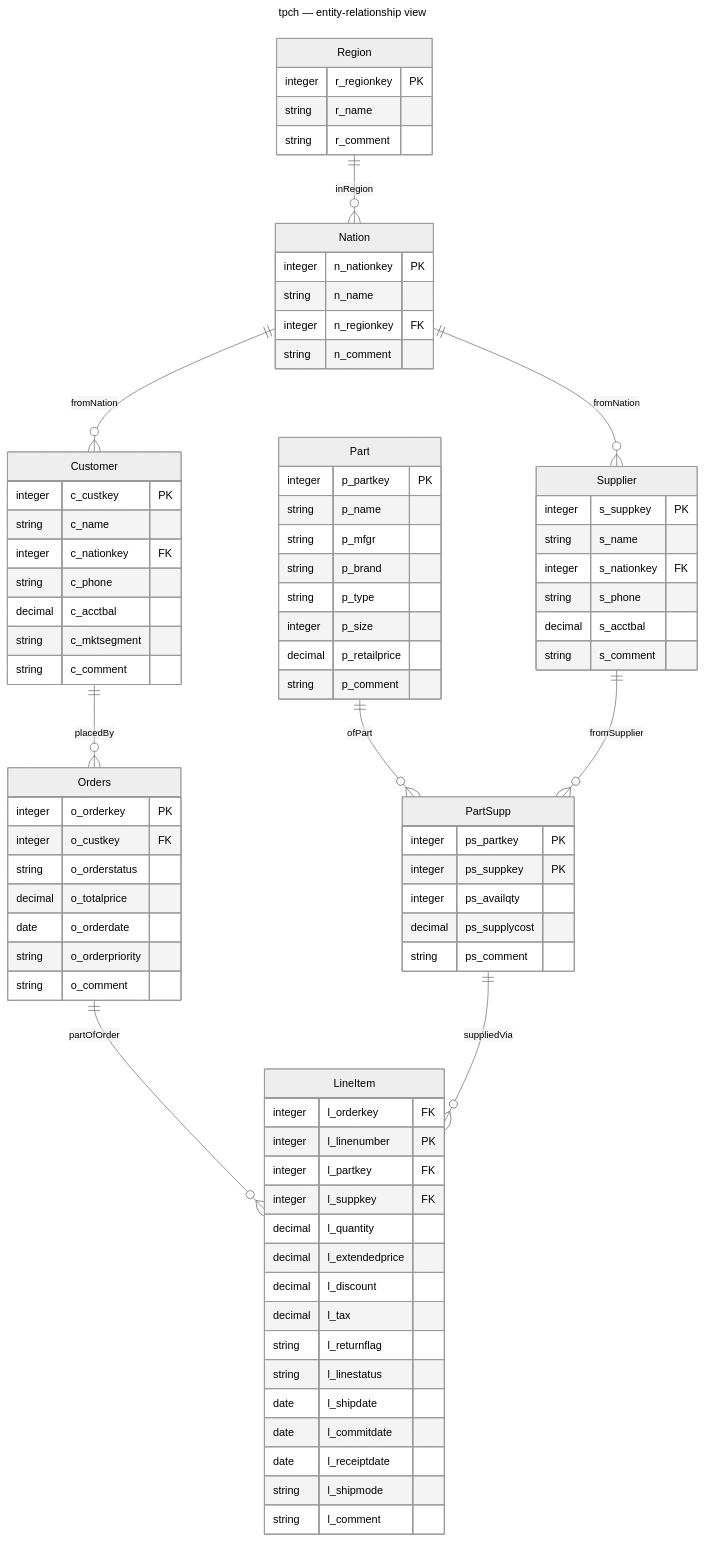
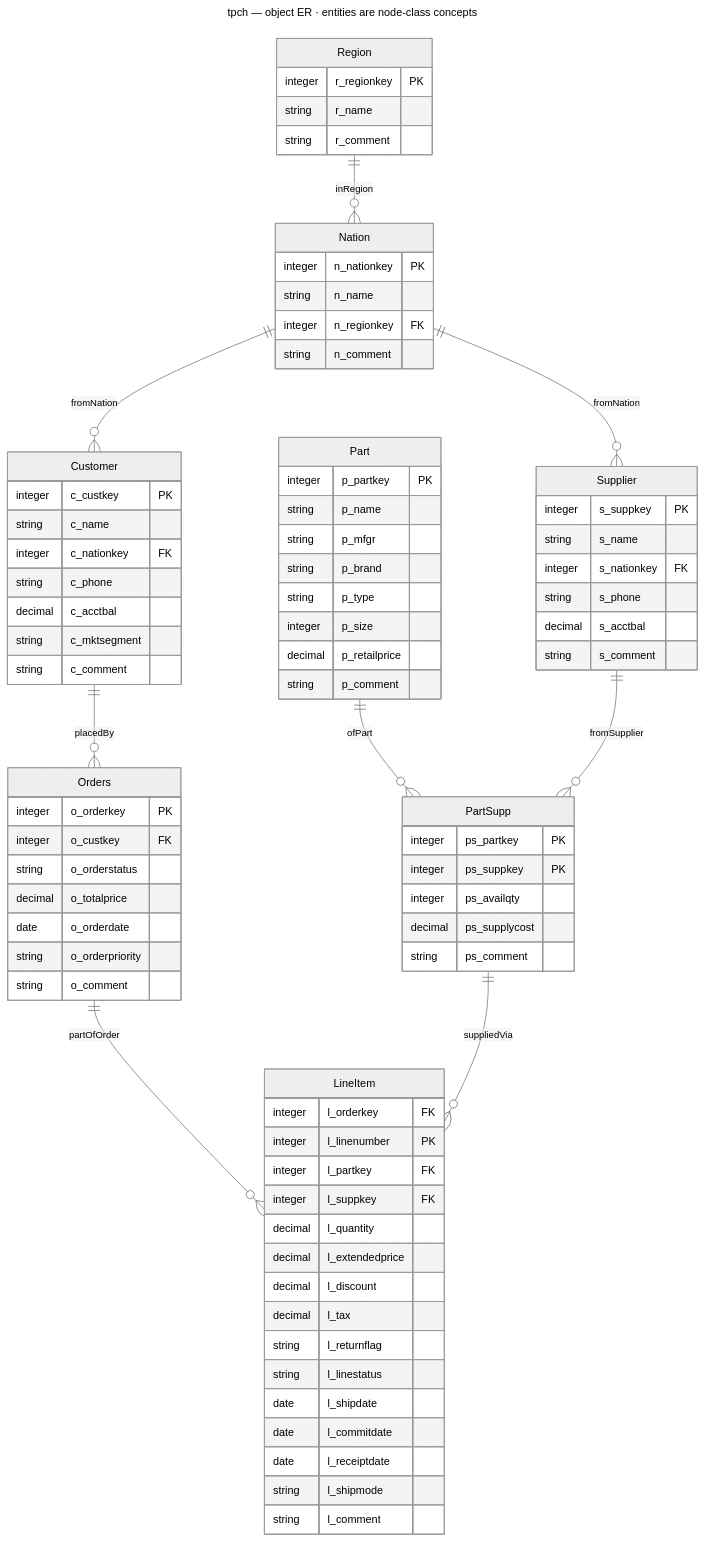
Before and after one commit to d6z7/meaning-as-code: the diagram in example_tpch_ontology/projections/tpch.er.mmd, drawn with Mermaid (neutral theme). The commit also changed 94 other files, not shown here.

```diff
--- a/example_tpch_ontology/projections/tpch.er.mmd
+++ b/example_tpch_ontology/projections/tpch.er.mmd
@@ -1,83 +1,83 @@
 ---
-title: tpch — entity-relationship view
+title: tpch — object ER · entities are node-class concepts
 ---
 erDiagram
   Region ||--o{ Nation : "inRegion"
   Nation ||--o{ Customer : "fromNation"
   Nation ||--o{ Supplier : "fromNation"
   Part ||--o{ PartSupp : "ofPart"
   Supplier ||--o{ PartSupp : "fromSupplier"
   Customer ||--o{ Orders : "placedBy"
   Orders ||--o{ LineItem : "partOfOrder"
   PartSupp ||--o{ LineItem : "suppliedVia"
   Nation {
     integer n_nationkey PK
     string n_name
     integer n_regionkey FK
     string n_comment
   }
   Region {
     integer r_regionkey PK
     string r_name
     string r_comment
   }
   LineItem {
     integer l_orderkey FK
     integer l_linenumber PK
     integer l_partkey FK
     integer l_suppkey FK
     decimal l_quantity
     decimal l_extendedprice
     decimal l_discount
     decimal l_tax
     string l_returnflag
     string l_linestatus
     date l_shipdate
     date l_commitdate
     date l_receiptdate
     string l_shipmode
     string l_comment
   }
   Orders {
     integer o_orderkey PK
     integer o_custkey FK
     string o_orderstatus
     decimal o_totalprice
     date o_orderdate
     string o_orderpriority
     string o_comment
   }
   Part {
     integer p_partkey PK
     string p_name
     string p_mfgr
     string p_brand
     string p_type
     integer p_size
     decimal p_retailprice
     string p_comment
   }
   PartSupp {
     integer ps_partkey PK
     integer ps_suppkey PK
     integer ps_availqty
     decimal ps_supplycost
     string ps_comment
   }
   Customer {
     integer c_custkey PK
     string c_name
     integer c_nationkey FK
     string c_phone
     decimal c_acctbal
     string c_mktsegment
     string c_comment
   }
   Supplier {
     integer s_suppkey PK
     string s_name
     integer s_nationkey FK
     string s_phone
     decimal s_acctbal
     string s_comment
   }
```
